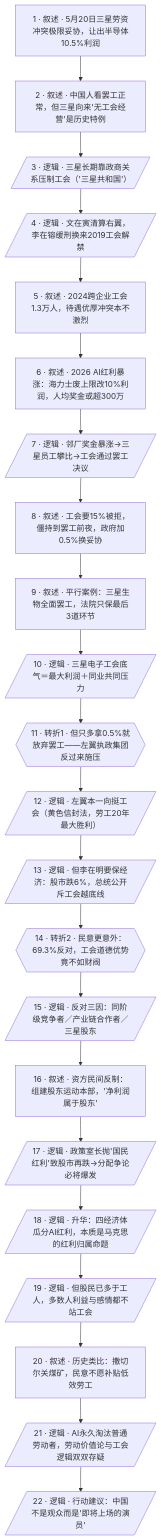
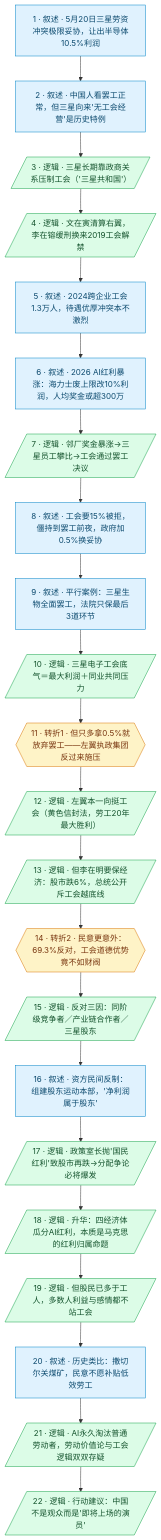
The diagram in btnews/1001_1100/btnews_1058.madugong-analysis.md (liusining/mdg-media-skills), drawn with Mermaid before and after one commit.

Commit message:
docs: color btnews 1058 narrative graph by unit type
Add per-type Mermaid classDefs (叙述/逻辑/转折) so nodes render in
distinct colors instead of one uniform fill.

````diff
--- a/btnews/1001_1100/btnews_1058.madugong-analysis.md
+++ b/btnews/1001_1100/btnews_1058.madugong-analysis.md
@@ -74,29 +74,32 @@
 ```mermaid
 flowchart TD
-    classDef typeC stroke-dasharray:5 5
+    classDef typeA fill:#e0f2fe,stroke:#0284c7,color:#0c4a6e
+    classDef typeB fill:#dcfce7,stroke:#16a34a,color:#14532d
+    classDef typeC fill:#f3f4f6,stroke:#9ca3af,color:#374151,stroke-dasharray:5 5
+    classDef typeD fill:#fef3c7,stroke:#d97706,color:#78350f
 
-    1["1 · 叙述 · 5月20日三星劳资冲突极限妥协，让出半导体10.5%利润"]
-    2["2 · 叙述 · 中国人看罢工正常，但三星向来'无工会经营'是历史特例"]
-    3[/"3 · 逻辑 · 三星长期靠政商关系压制工会（'三星共和国'）"/]
-    4[/"4 · 逻辑 · 文在寅清算右翼，李在镕缓刑换来2019工会解禁"/]
-    5["5 · 叙述 · 2024跨企业工会1.3万人，待遇优厚冲突本不激烈"]
-    6["6 · 叙述 · 2026 AI红利暴涨：海力士废上限改10%利润，人均奖金或超300万"]
-    7[/"7 · 逻辑 · 邻厂奖金暴涨→三星员工攀比→工会通过罢工决议"/]
-    8["8 · 叙述 · 工会要15%被拒，僵持到罢工前夜，政府加0.5%换妥协"]
-    9["9 · 叙述 · 平行案例：三星生物全面罢工，法院只保最后3道环节"]
-    10[/"10 · 逻辑 · 三星电子工会底气＝最大利润＋同业共同压力"/]
-    11{{"11 · 转折1 · 但只多拿0.5%就放弃罢工——左翼执政集团反过来施压"}}
-    12[/"12 · 逻辑 · 左翼本一向挺工会（黄色信封法，劳工20年最大胜利）"/]
-    13[/"13 · 逻辑 · 但李在明要保经济：股市跌6%，总统公开斥工会越底线"/]
-    14{{"14 · 转折2 · 民意更意外：69.3%反对，工会道德优势竟不如财阀"}}
-    15[/"15 · 逻辑 · 反对三因：同阶级竞争者／产业链合作者／三星股东"/]
-    16["16 · 叙述 · 资方民间反制：组建股东运动本部，'净利润属于股东'"]
-    17[/"17 · 逻辑 · 政策室长抛'国民红利'致股市再跌→分配争论必将爆发"/]
-    18[/"18 · 逻辑 · 升华：四经济体瓜分AI红利，本质是马克思的红利归属命题"/]
-    19[/"19 · 逻辑 · 但股民已多于工人，多数人利益与感情都不站工会"/]
-    20["20 · 叙述 · 历史类比：撒切尔关煤矿，民意不愿补贴低效劳工"]
-    21[/"21 · 逻辑 · AI永久淘汰普通劳动者，劳动价值论与工会逻辑双双存疑"/]
-    22[/"22 · 逻辑 · 行动建议：中国不是观众而是'即将上场的演员'"/]
+    1["1 · 叙述 · 5月20日三星劳资冲突极限妥协，让出半导体10.5%利润"]:::typeA
+    2["2 · 叙述 · 中国人看罢工正常，但三星向来'无工会经营'是历史特例"]:::typeA
+    3[/"3 · 逻辑 · 三星长期靠政商关系压制工会（'三星共和国'）"/]:::typeB
+    4[/"4 · 逻辑 · 文在寅清算右翼，李在镕缓刑换来2019工会解禁"/]:::typeB
+    5["5 · 叙述 · 2024跨企业工会1.3万人，待遇优厚冲突本不激烈"]:::typeA
+    6["6 · 叙述 · 2026 AI红利暴涨：海力士废上限改10%利润，人均奖金或超300万"]:::typeA
+    7[/"7 · 逻辑 · 邻厂奖金暴涨→三星员工攀比→工会通过罢工决议"/]:::typeB
+    8["8 · 叙述 · 工会要15%被拒，僵持到罢工前夜，政府加0.5%换妥协"]:::typeA
+    9["9 · 叙述 · 平行案例：三星生物全面罢工，法院只保最后3道环节"]:::typeA
+    10[/"10 · 逻辑 · 三星电子工会底气＝最大利润＋同业共同压力"/]:::typeB
+    11{{"11 · 转折1 · 但只多拿0.5%就放弃罢工——左翼执政集团反过来施压"}}:::typeD
+    12[/"12 · 逻辑 · 左翼本一向挺工会（黄色信封法，劳工20年最大胜利）"/]:::typeB
+    13[/"13 · 逻辑 · 但李在明要保经济：股市跌6%，总统公开斥工会越底线"/]:::typeB
+    14{{"14 · 转折2 · 民意更意外：69.3%反对，工会道德优势竟不如财阀"}}:::typeD
+    15[/"15 · 逻辑 · 反对三因：同阶级竞争者／产业链合作者／三星股东"/]:::typeB
+    16["16 · 叙述 · 资方民间反制：组建股东运动本部，'净利润属于股东'"]:::typeA
+    17[/"17 · 逻辑 · 政策室长抛'国民红利'致股市再跌→分配争论必将爆发"/]:::typeB
+    18[/"18 · 逻辑 · 升华：四经济体瓜分AI红利，本质是马克思的红利归属命题"/]:::typeB
+    19[/"19 · 逻辑 · 但股民已多于工人，多数人利益与感情都不站工会"/]:::typeB
+    20["20 · 叙述 · 历史类比：撒切尔关煤矿，民意不愿补贴低效劳工"]:::typeA
+    21[/"21 · 逻辑 · AI永久淘汰普通劳动者，劳动价值论与工会逻辑双双存疑"/]:::typeB
+    22[/"22 · 逻辑 · 行动建议：中国不是观众而是'即将上场的演员'"/]:::typeB
 
     1 --> 2 --> 3 --> 4 --> 5 --> 6 --> 7 --> 8 --> 9 --> 10 --> 11 --> 12 --> 13 --> 14 --> 15 --> 16 --> 17 --> 18 --> 19 --> 20 --> 21 --> 22
 ```
````
